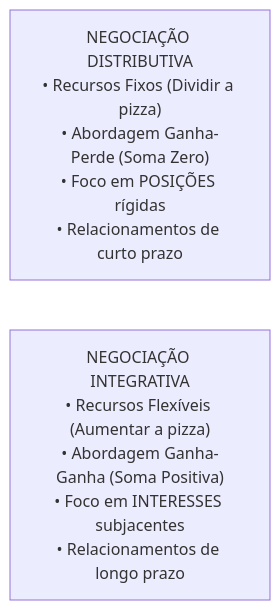
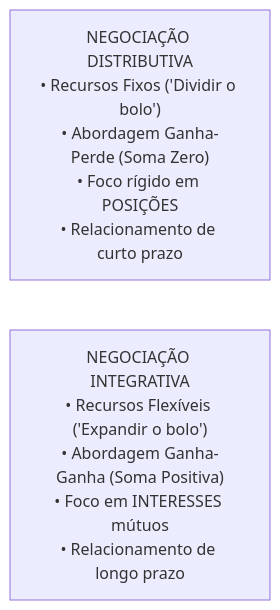
The third of 6 diagrams in fontes_de_estudo/conhecimentos_especificos_a01_tecnico_administrativo/24_comportamento_organizacional/03_conflito_negociacao_cultura_clima_e_desenvolvimento_organizacional.md (thiagosantos346/TCE-GO-2027), drawn with Mermaid before and after one commit. The commit also changed other lines of this file and 119 other files, not shown here.

````diff
--- a/fontes_de_estudo/conhecimentos_especificos_a01_tecnico_administrativo/24_comportamento_organizacional/03_conflito_negociacao_cultura_clima_e_desenvolvimento_organizacional.md
+++ b/fontes_de_estudo/conhecimentos_especificos_a01_tecnico_administrativo/24_comportamento_organizacional/03_conflito_negociacao_cultura_clima_e_desenvolvimento_organizacional.md
@@ -121,6 +97,6 @@
 ```mermaid
 flowchart LR
-    ND["NEGOCIAÇÃO DISTRIBUTIVA<br/>• Recursos Fixos (Dividir a pizza)<br/>• Abordagem Ganha-Perde (Soma Zero)<br/>• Foco em POSIÇÕES rígidas<br/>• Relacionamentos de curto prazo"]
+    ND["NEGOCIAÇÃO DISTRIBUTIVA<br/>• Recursos Fixos ('Dividir o bolo')<br/>• Abordagem Ganha-Perde (Soma Zero)<br/>• Foco rígido em POSIÇÕES<br/>• Relacionamento de curto prazo"]
     
-    NI["NEGOCIAÇÃO INTEGRATIVA<br/>• Recursos Flexíveis (Aumentar a pizza)<br/>• Abordagem Ganha-Ganha (Soma Positiva)<br/>• Foco em INTERESSES subjacentes<br/>• Relacionamentos de longo prazo"]
+    NI["NEGOCIAÇÃO INTEGRATIVA<br/>• Recursos Flexíveis ('Expandir o bolo')<br/>• Abordagem Ganha-Ganha (Soma Positiva)<br/>• Foco em INTERESSES mútuos<br/>• Relacionamento de longo prazo"]
 ```
````
